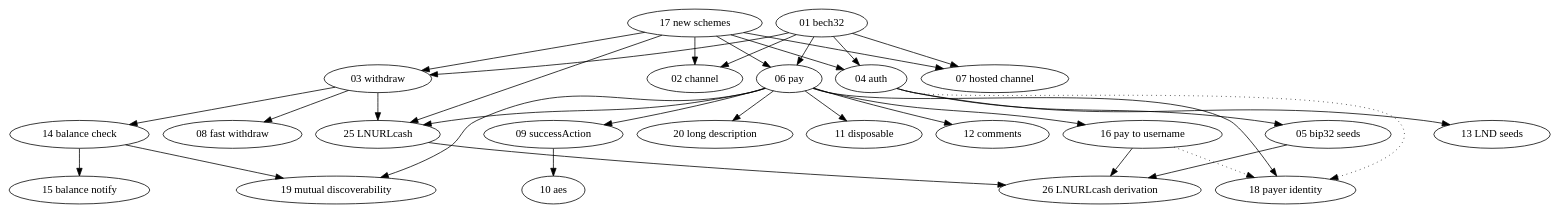
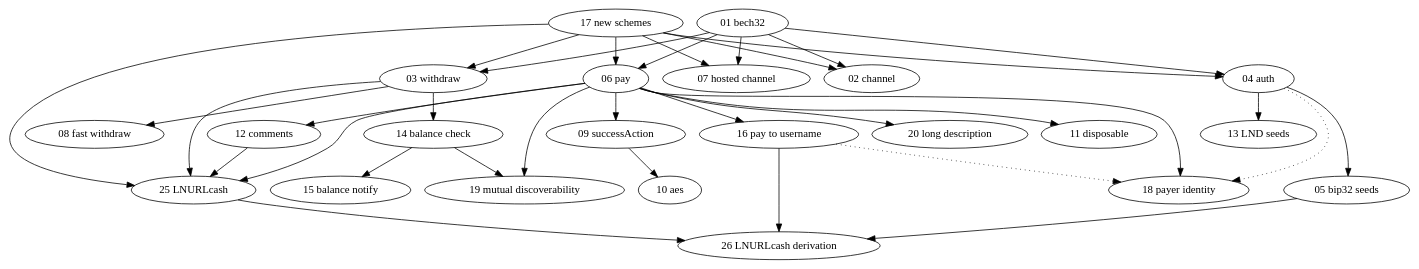
The diagram in dependencies.dot (lnurl/luds), drawn with Graphviz before and after one commit. The commit also changed 6 other files, not shown here.

```diff
--- a/dependencies.dot
+++ b/dependencies.dot
@@ -1,39 +1,39 @@
 digraph {
   01[label="01 bech32"]
   02[label="02 channel"]
   03[label="03 withdraw"]
   04[label="04 auth"]
   05[label="05 bip32 seeds"]
   06[label="06 pay"]
   07[label="07 hosted channel"]
   08[label="08 fast withdraw"]
   09[label="09 successAction"]
   10[label="10 aes"]
   11[label="11 disposable"]
   12[label="12 comments"]
   13[label="13 LND seeds"]
   14[label="14 balance check"]
   15[label="15 balance notify"]
   16[label="16 pay to username"]
   17[label="17 new schemes"]
   18[label="18 payer identity"]
   19[label="19 mutual discoverability"]
   20[label="20 long description"]
   25[label="25 LNURLcash"]
   26[label="26 LNURLcash derivation"]
 
   { 01 17 } -> { 02 03 04 06 07 } // base protocols depend on URL format
   04 -> { 05 13 } // lnurl-auth seed generation methods
   03 -> 08 // fast withdraw
   03 -> 14 -> 15 // balanceCheck/balanceNotify
   06 -> 11 // disposable lnurl-pay
   06 -> 20 // long description
   06 -> 09 -> 10 // lnurl-pay successAction
   06 -> 12 // lnurl-pay comments
   06 -> 18 // lnurl-pay payer ids
   { 04 16 } -> 18 [style="dotted"] // loose relationship of payer id with lnurl-auth and lightning address
   06 -> 16 // paying to user@domain.com
   { 06 14 } -> 19 // mutually discoverable pay and withdraw links
-  { 03 06 17 } -> 25 // LNURLcash bearer notes built on withdraw/pay/raw-url
+  { 03 06 12 17 } -> 25 // LNURLcash bearer notes built on withdraw/pay/comments/raw-url
   { 05 16 25 } -> 26 // LNURLcash seed derivation and lightning address auto-mint
 }
```
